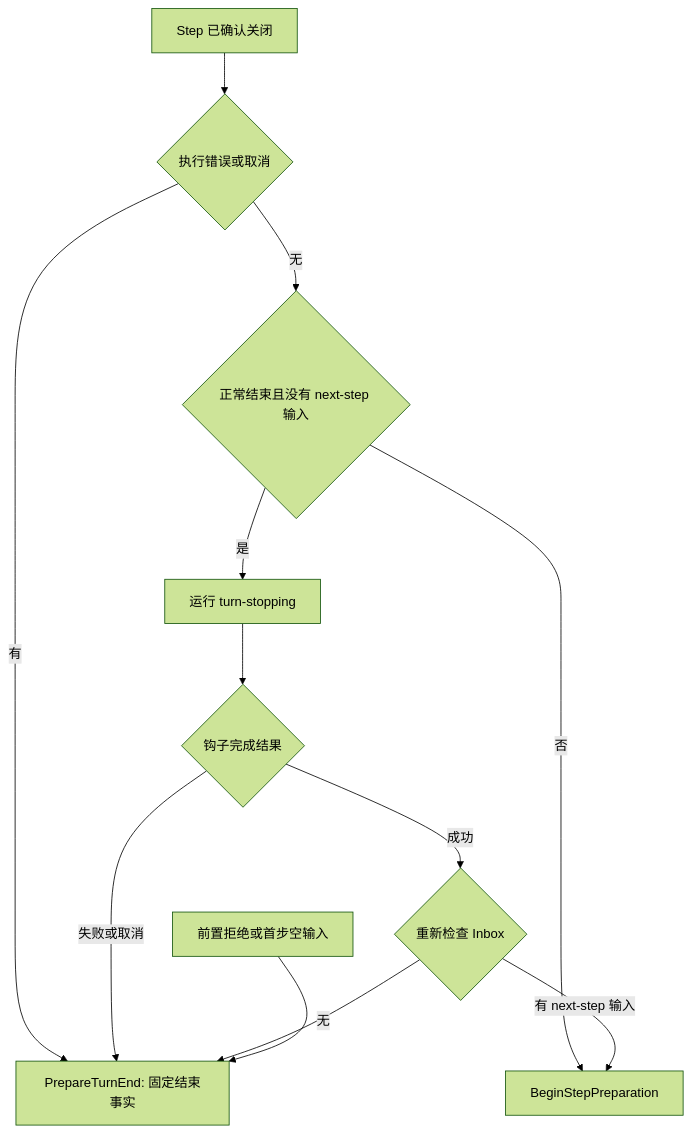
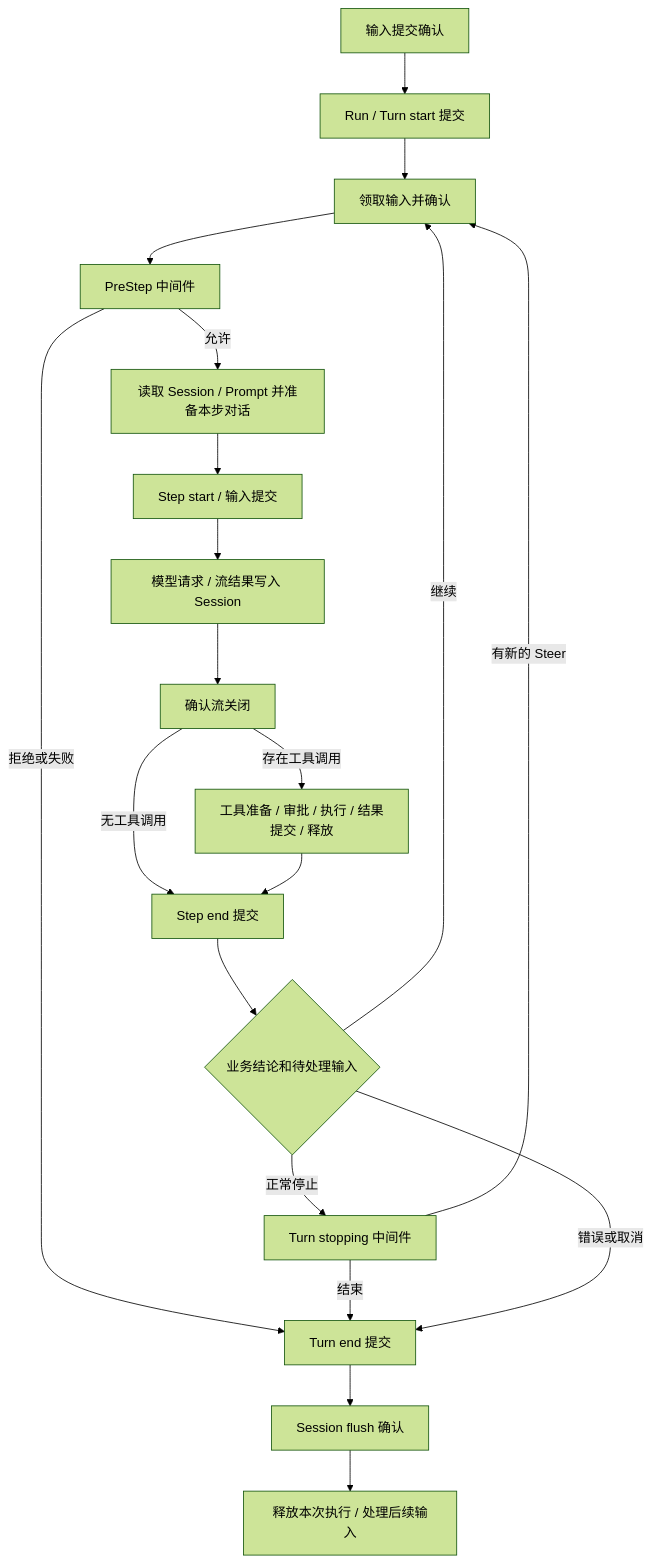
Before and after one commit to gorenx/goren: the diagram in agentloop/README.zh-CN.md, drawn with Mermaid (forest theme). The commit also changed other lines of this file and 7 other files, not shown here.

````diff
--- a/agentloop/README.zh-CN.md
+++ b/agentloop/README.zh-CN.md
@@ -79,14 +31,22 @@
 ```mermaid
 flowchart TD
- A[Step 已确认关闭] --> B{执行错误或取消}
- B -->|有| S[PrepareTurnEnd: 固定结束事实]
- B -->|无| C{正常结束且没有 next-step 输入}
- C -->|否| P[BeginStepPreparation]
- C -->|是| H[运行 turn-stopping]
- H --> R{钩子完成结果}
- R -->|失败或取消| S
- R -->|成功| I{重新检查 Inbox}
- I -->|有 next-step 输入| P
- I -->|无| S
- E[前置拒绝或首步空输入] --> S
+ A[输入提交确认] --> B[Run / Turn start 提交]
+ B --> C[领取输入并确认]
+ C --> D[PreStep 中间件]
+ D -->|允许| E[读取 Session / Prompt 并准备本步对话]
+ D -->|拒绝或失败| Z[Turn end 提交]
+ E --> F[Step start / 输入提交]
+ F --> G[模型请求 / 流结果写入 Session]
+ G --> H[确认流关闭]
+ H -->|存在工具调用| I[工具准备 / 审批 / 执行 / 结果提交 / 释放]
+ H -->|无工具调用| J[Step end 提交]
+ I --> J
+ J --> K{业务结论和待处理输入}
+ K -->|继续| C
+ K -->|正常停止| L[Turn stopping 中间件]
+ L -->|有新的 Steer| C
+ L -->|结束| Z
+ K -->|错误或取消| Z
+ Z --> Q[Session flush 确认]
+ Q --> R[释放本次执行 / 处理后续输入]
 ```
````
